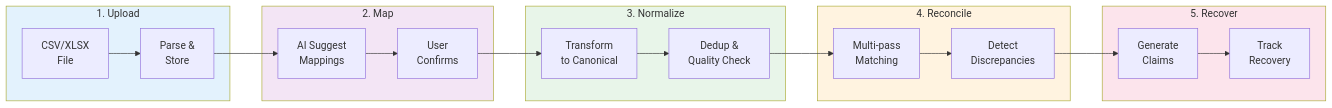
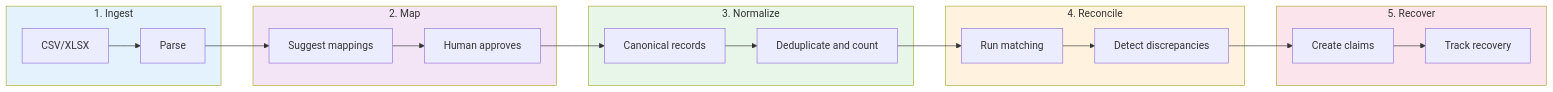
Before and after one commit to Rajdeep-017/reconiq: the ninth of 9 diagrams in docs/data_flow.md, drawn with Mermaid. The commit also changed other lines of this file and 4 other files, not shown here.

````diff
--- a/docs/data_flow.md
+++ b/docs/data_flow.md
@@ -240,32 +338,32 @@
 ```mermaid
 flowchart LR
-    subgraph Upload["1. Upload"]
-        A["CSV/XLSX\nFile"] --> B["Parse &\nStore"]
+    subgraph Ingest["1. Ingest"]
+        A["CSV/XLSX"] --> B["Parse"]
     end
 
     subgraph Map["2. Map"]
-        B --> C["AI Suggest\nMappings"]
-        C --> D["User\nConfirms"]
+        B --> C["Suggest mappings"]
+        C --> D["Human approves"]
     end
 
     subgraph Normalize["3. Normalize"]
-        D --> E["Transform\nto Canonical"]
-        E --> F["Dedup &\nQuality Check"]
+        D --> E["Canonical records"]
+        E --> F["Deduplicate and count"]
     end
 
     subgraph Reconcile["4. Reconcile"]
-        F --> G["Multi-pass\nMatching"]
-        G --> H["Detect\nDiscrepancies"]
+        F --> G["Run matching"]
+        G --> H["Detect discrepancies"]
     end
 
     subgraph Recover["5. Recover"]
-        H --> I["Generate\nClaims"]
-        I --> J["Track\nRecovery"]
+        H --> I["Create claims"]
+        I --> J["Track recovery"]
     end
 
-    style Upload fill:#e3f2fd
+    style Ingest fill:#e3f2fd
     style Map fill:#f3e5f5
     style Normalize fill:#e8f5e9
     style Reconcile fill:#fff3e0
     style Recover fill:#fce4ec
 ```
````
